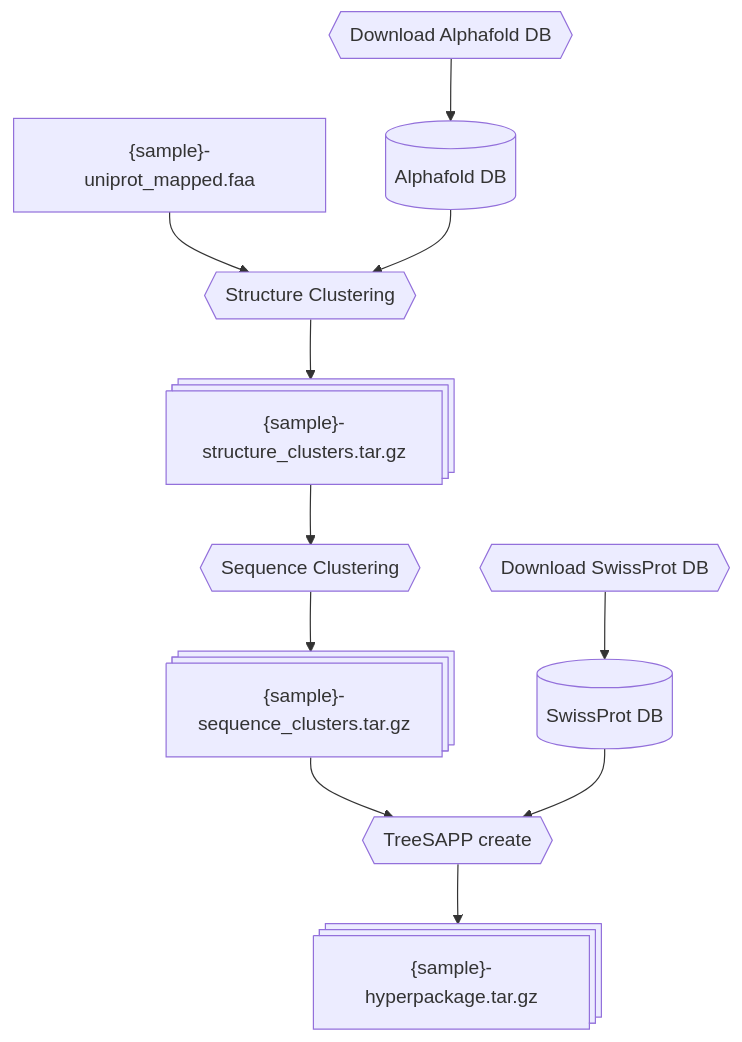
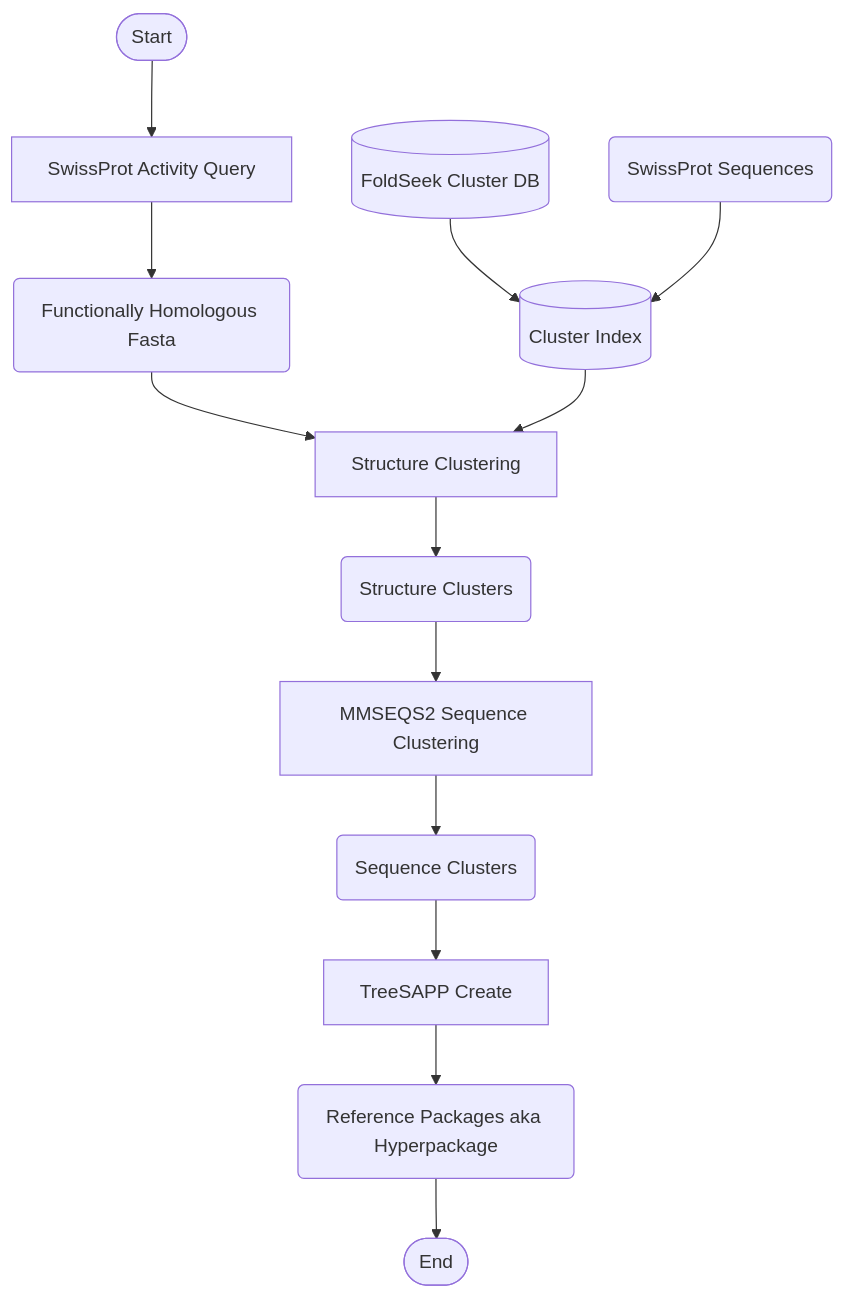
Before and after one commit to RyloByte/TS-Capstone-2025: the diagram in README.md, drawn with Mermaid. The commit also changed other lines of this file and 14 other files, not shown here.

````diff
--- a/README.md
+++ b/README.md
@@ -42,30 +12,23 @@
 ```mermaid
 flowchart TD
-    A@{ shape: processes, label: "{sample}-hyperpackage.tar.gz" }
-    B@{ shape: processes, label: "{sample}-sequence_clusters.tar.gz" }
-    C@{ shape: processes, label: "{sample}-structure_clusters.tar.gz" }
-    D@{ shape: process, label: "{sample}-uniprot_mapped.faa" }
-
-    E@{ shape: cyl, label: "SwissProt DB" }
-    G@{ shape: cyl, label: "Alphafold DB" }
-
-    H@{ shape: hex, label: "TreeSAPP create" }
-    I@{ shape: hex, label: "Sequence Clustering" }
-    J@{ shape: hex, label: "Structure Clustering" }
-
-    H-->A
-    B-->H
-    I-->B
-    C-->I
+    A([Start])
+    B(Functionally Homologous Fasta)
+    B-->C[Structure Clustering]
+    C-->D(Structure Clusters)
+    D-->E[MMSEQS2 Sequence Clustering]
+    E-->F(Sequence Clusters)
+    F-->G[TreeSAPP Create]
+    G-->H(Reference Packages aka Hyperpackage)
+    H-->I([End])
+    
+    J[(Cluster Index)]
+    K[(FoldSeek Cluster DB)]
+    L(SwissProt Sequences)
+    K-->J
+    L-->J
     J-->C
-    D-->J
-
-    G-->J
-    E-->H
-
-    K@{ shape: hex, label: "Download SwissProt DB" }
-    L@{ shape: hex, label: "Download Alphafold DB" }
-
-    K-->E
-    L-->G
+    
+    M[SwissProt Activity Query]
+    M-->B
+    A-->M
 ```
````
